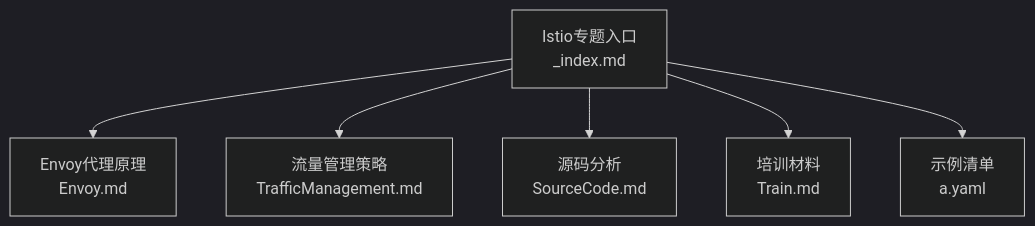
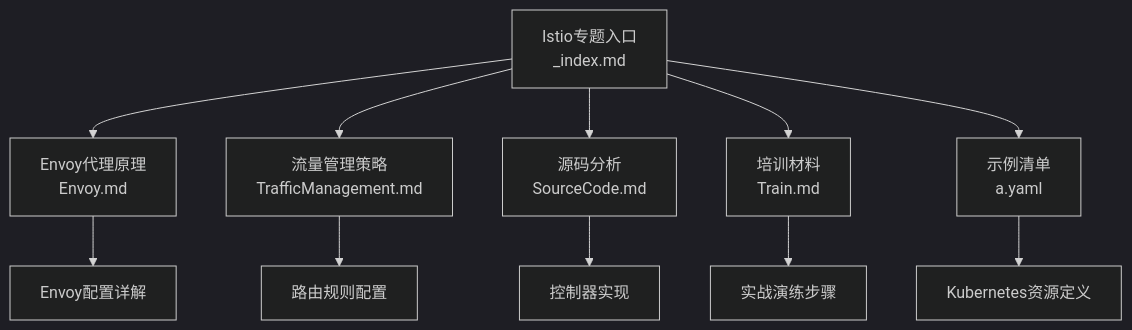
One commit to nianjiang/nianjiang.github.io changed the first of 7 diagrams in .qoder/repowiki/zh/content/技术文档体系/Istio服务网格/Istio服务网格.md. Above: the diagram before and after it, drawn with Mermaid (dark theme). The commit also changed other lines of this file and 21 other files, not shown here.

````diff
--- a/.qoder/repowiki/zh/content/技术文档体系/Istio服务网格/Istio服务网格.md
+++ b/.qoder/repowiki/zh/content/技术文档体系/Istio服务网格/Istio服务网格.md
@@ -31,8 +40,13 @@
 ```mermaid
 graph TB
 A["Istio专题入口<br/>_index.md"] --> B["Envoy代理原理<br/>Envoy.md"]
 A --> C["流量管理策略<br/>TrafficManagement.md"]
 A --> D["源码分析<br/>SourceCode.md"]
 A --> E["培训材料<br/>Train.md"]
 A --> F["示例清单<br/>a.yaml"]
+B --> G["Envoy配置详解"]
+C --> H["路由规则配置"]
+D --> I["控制器实现"]
+E --> J["实战演练步骤"]
+F --> K["Kubernetes资源定义"]
 ```
````
